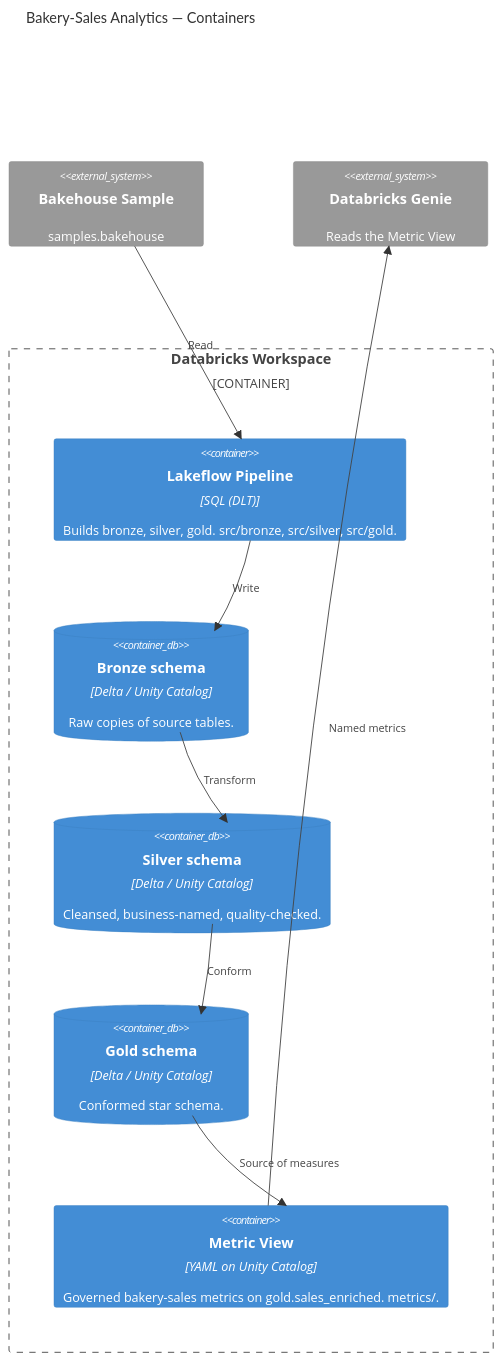
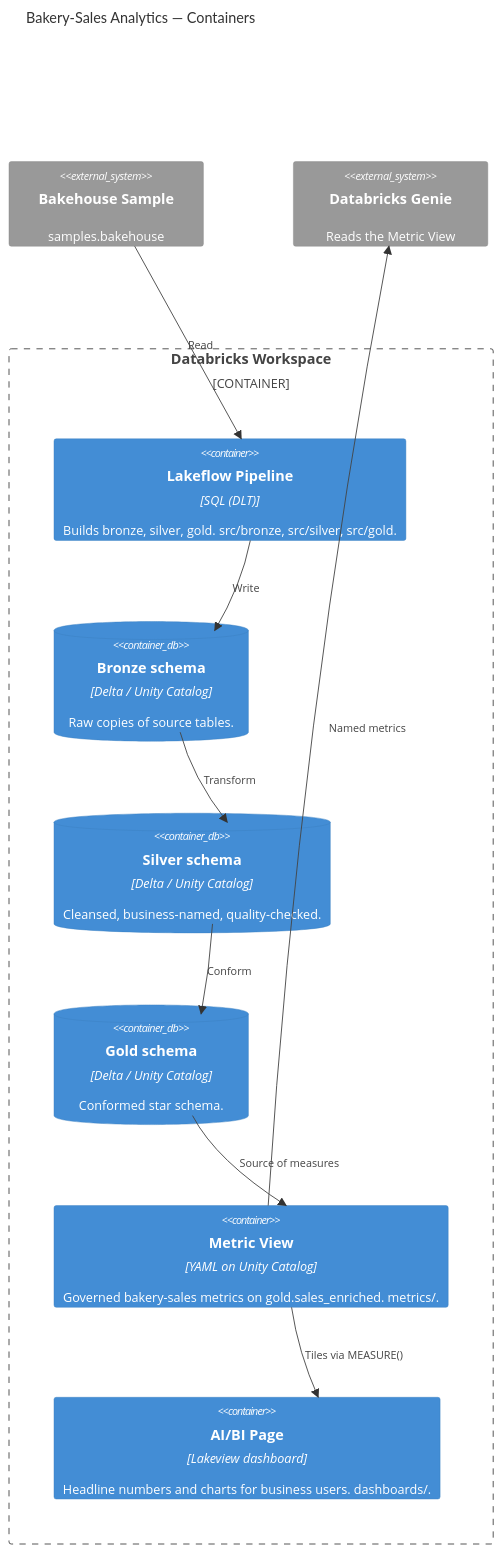
The diagram in docs/architecture/c4/02_container.md (marcinkostkiewiczlingaro/dbx_meetup_demo), drawn with Mermaid before and after one commit. The commit also changed 4 other files, not shown here.

First line of the commit message:
F002: AI/BI Page over the Metric View, deployed and verified

````diff
--- a/docs/architecture/c4/02_container.md
+++ b/docs/architecture/c4/02_container.md
@@ -6,23 +6,25 @@
 ```mermaid
 C4Container
   title Bakery-Sales Analytics — Containers
 
   System_Ext(bakehouse, "Bakehouse Sample", "samples.bakehouse")
 
   Container_Boundary(ws, "Databricks Workspace") {
     Container(pipeline, "Lakeflow Pipeline", "SQL (DLT)", "Builds bronze, silver, gold. src/bronze, src/silver, src/gold.")
     ContainerDb(bronze, "Bronze schema", "Delta / Unity Catalog", "Raw copies of source tables.")
     ContainerDb(silver, "Silver schema", "Delta / Unity Catalog", "Cleansed, business-named, quality-checked.")
     ContainerDb(gold, "Gold schema", "Delta / Unity Catalog", "Conformed star schema.")
     Container(metric, "Metric View", "YAML on Unity Catalog", "Governed bakery-sales metrics on gold.sales_enriched. metrics/.")
+    Container(page, "AI/BI Page", "Lakeview dashboard", "Headline numbers and charts for business users. dashboards/.")
   }
 
   System_Ext(genie, "Databricks Genie", "Reads the Metric View")
 
   Rel(bakehouse, pipeline, "Read")
   Rel(pipeline, bronze, "Write")
   Rel(bronze, silver, "Transform")
   Rel(silver, gold, "Conform")
   Rel(gold, metric, "Source of measures")
+  Rel(metric, page, "Tiles via MEASURE()")
   Rel(metric, genie, "Named metrics")
 ```
````
